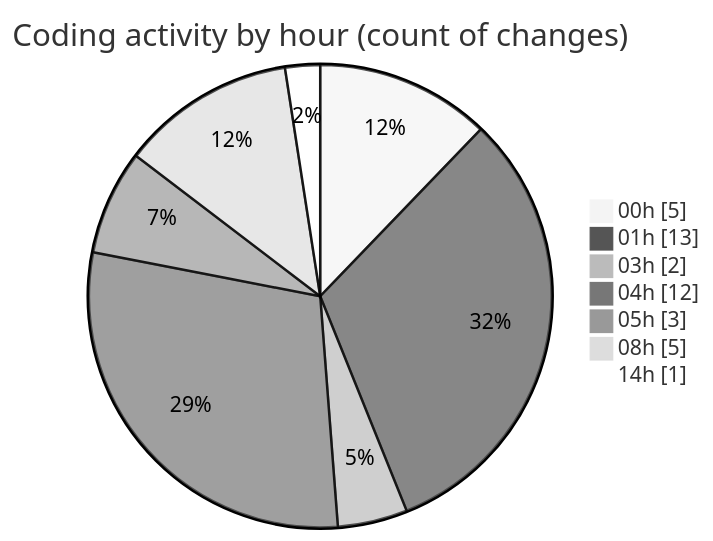
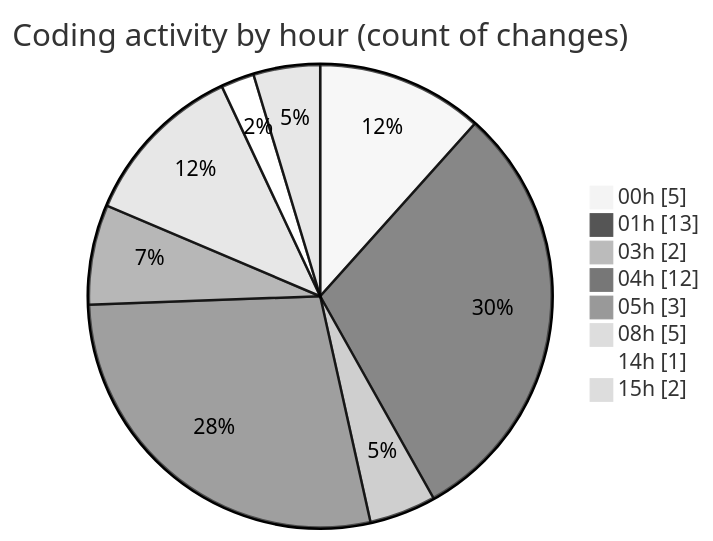
The second of 2 diagrams in 2026-02-27/shadcn-admin-kit-main__workspace_/README.md (jadenblack/code-tracking), drawn with Mermaid (neutral theme) before and after one commit. The commit also changed other lines of this file and 1 other file, not shown here.

````diff
--- a/2026-02-27/shadcn-admin-kit-main__workspace_/README.md
+++ b/2026-02-27/shadcn-admin-kit-main__workspace_/README.md
@@ -42,11 +42,12 @@
 ```mermaid
 pie showData
 title Coding activity by hour (count of changes)
 "00h" : 5
 "01h" : 13
 "03h" : 2
 "04h" : 12
 "05h" : 3
 "08h" : 5
 "14h" : 1
+"15h" : 2
 ```
````
